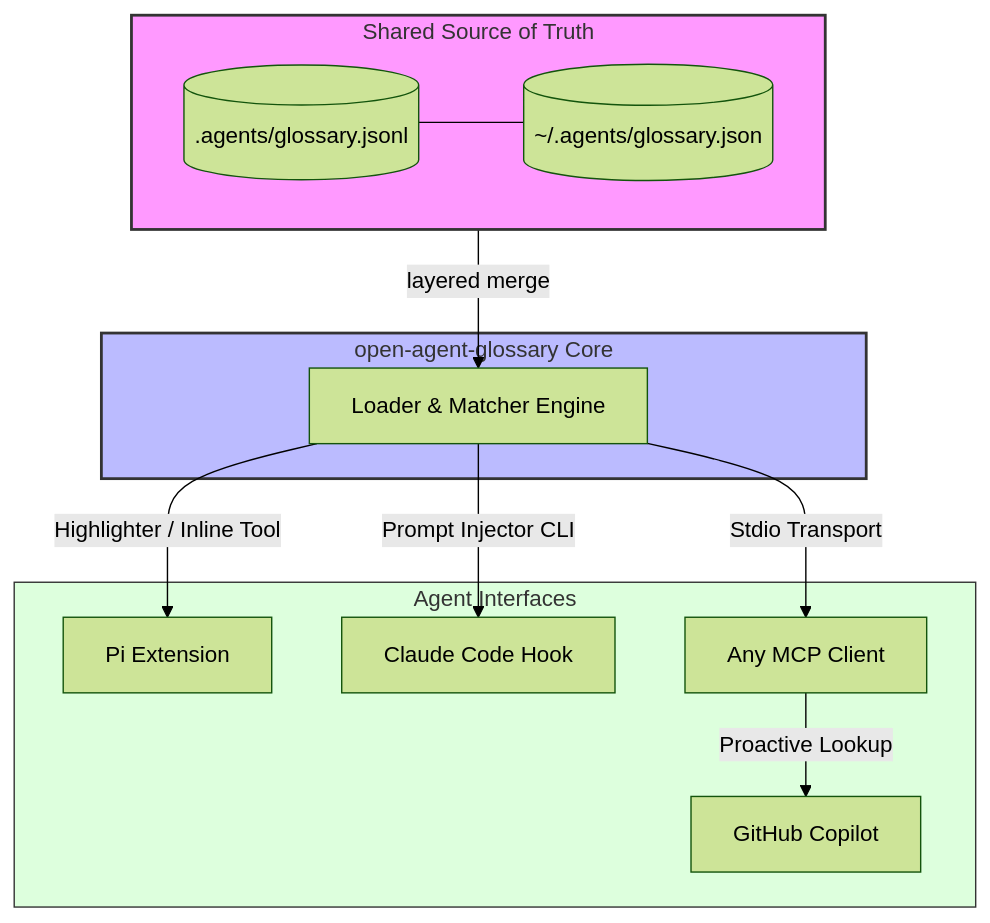
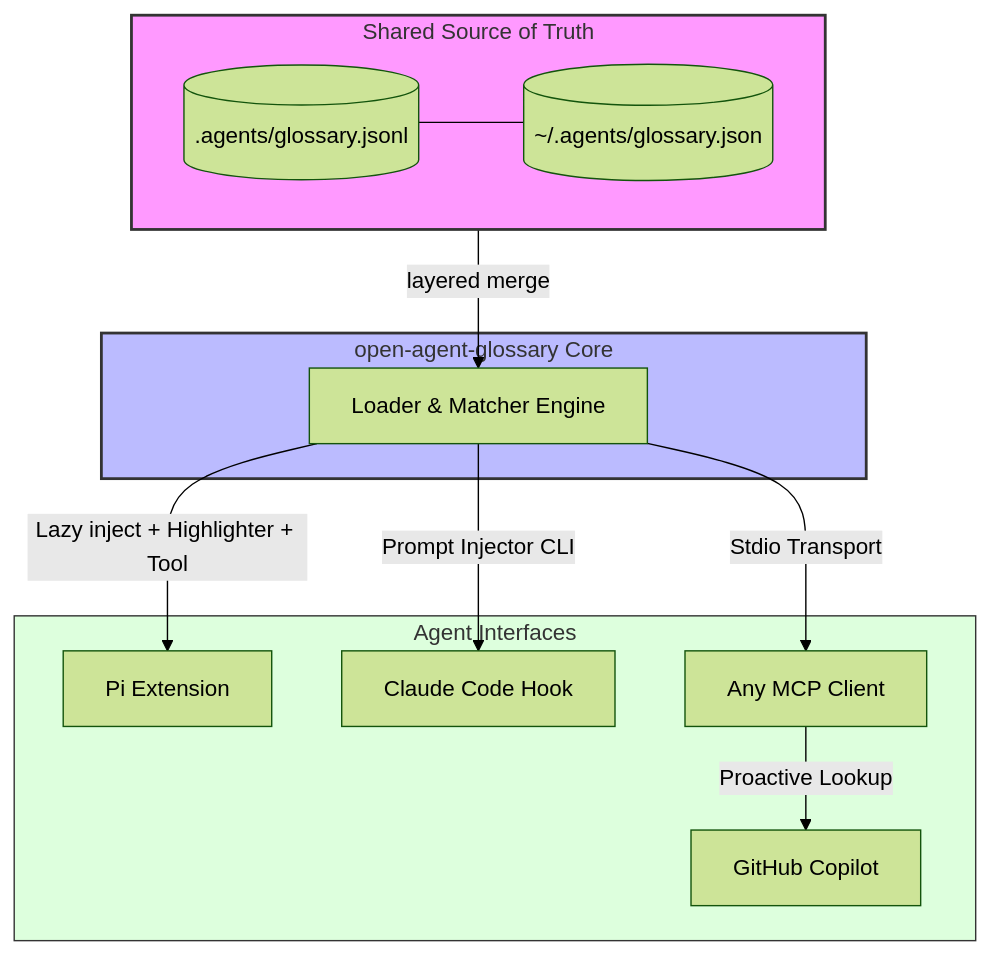
The diagram in README.md (davidjadczyk/open-agent-glossary), drawn with Mermaid (forest theme) before and after one commit. The commit also changed other lines of this file and 3 other files, not shown here.

````diff
--- a/README.md
+++ b/README.md
@@ -14,33 +14,28 @@
 ```mermaid
 graph TD
-    %% Core glossary file source
     subgraph Files [Shared Source of Truth]
         A[(.agents/glossary.jsonl)] --- B[(~/.agents/glossary.json)]
     end
 
-    %% Package engine
     subgraph Package [open-agent-glossary Core]
         Engine[Loader & Matcher Engine]
     end
 
-    %% Connect files to engine
     Files -->|layered merge| Engine
 
-    %% Output integrations
     subgraph Integrations [Agent Interfaces]
         Pi[Pi Extension]
         CC[Claude Code Hook]
         Copilot[GitHub Copilot]
         MCP[Any MCP Client]
     end
 
-    %% Connection paths
-    Engine -->|Highlighter / Inline Tool| Pi
+    Engine -->|Lazy inject + Highlighter + Tool| Pi
     Engine -->|Prompt Injector CLI| CC
     Engine -->|Stdio Transport| MCP
     MCP -->|Proactive Lookup| Copilot
-    
+
     style Files fill:#f9f,stroke:#333,stroke-width:2px
     style Package fill:#bbf,stroke:#333,stroke-width:2px
     style Integrations fill:#dfd,stroke:#333,stroke-width:1px
 ```
````
